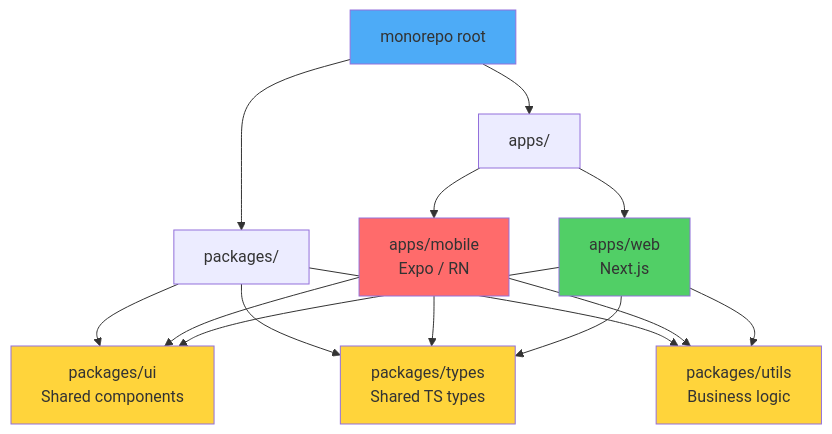
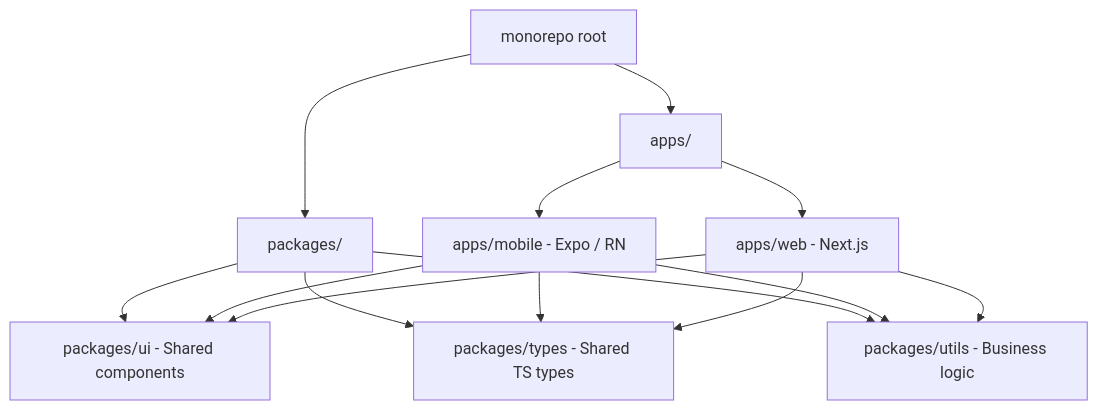
One commit to BabaScience/react-guides changed the first of 10 diagrams in arguments/chapters/rn-21-advanced-topics.md. Above: the diagram before and after it, drawn with Mermaid. The commit also changed other lines of this file and 63 other files, not shown here.

First line of the commit message:
Enrich React Native roadmap with deeper content, visuals, and FR/IT translations

````diff
--- a/arguments/chapters/rn-21-advanced-topics.md
+++ b/arguments/chapters/rn-21-advanced-topics.md
@@ -33,24 +41,17 @@
 ```mermaid
 graph TD
     Root[monorepo root] --> Apps[apps/]
     Root --> Packages[packages/]
-    Apps --> Mobile[apps/mobile<br/>Expo / RN]
-    Apps --> Web[apps/web<br/>Next.js]
-    Packages --> UI[packages/ui<br/>Shared components]
-    Packages --> Types[packages/types<br/>Shared TS types]
-    Packages --> Utils[packages/utils<br/>Business logic]
+    Apps --> Mobile[apps/mobile - Expo / RN]
+    Apps --> Web[apps/web - Next.js]
+    Packages --> UI[packages/ui - Shared components]
+    Packages --> Types[packages/types - Shared TS types]
+    Packages --> Utils[packages/utils - Business logic]
 
     Mobile --> UI
     Mobile --> Types
     Mobile --> Utils
     Web --> UI
     Web --> Types
     Web --> Utils
-
-    style Root fill:#4dabf7
-    style Mobile fill:#ff6b6b
-    style Web fill:#51cf66
-    style UI fill:#ffd43b
-    style Types fill:#ffd43b
-    style Utils fill:#ffd43b
 ```
````
